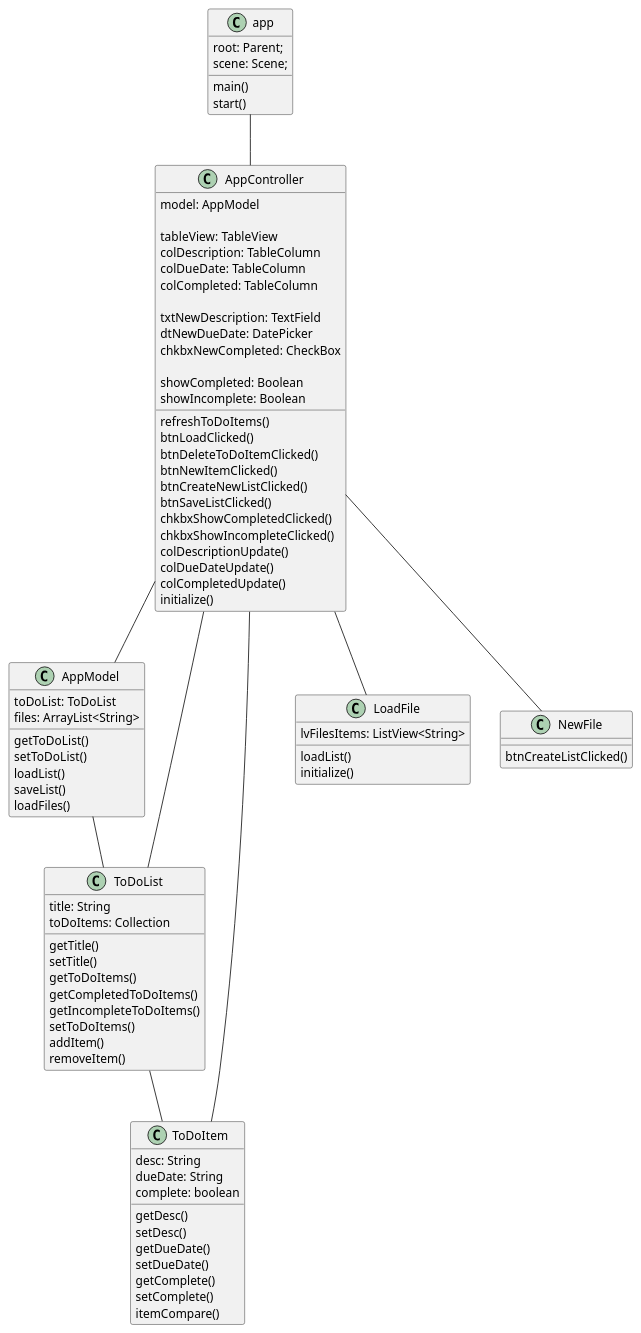
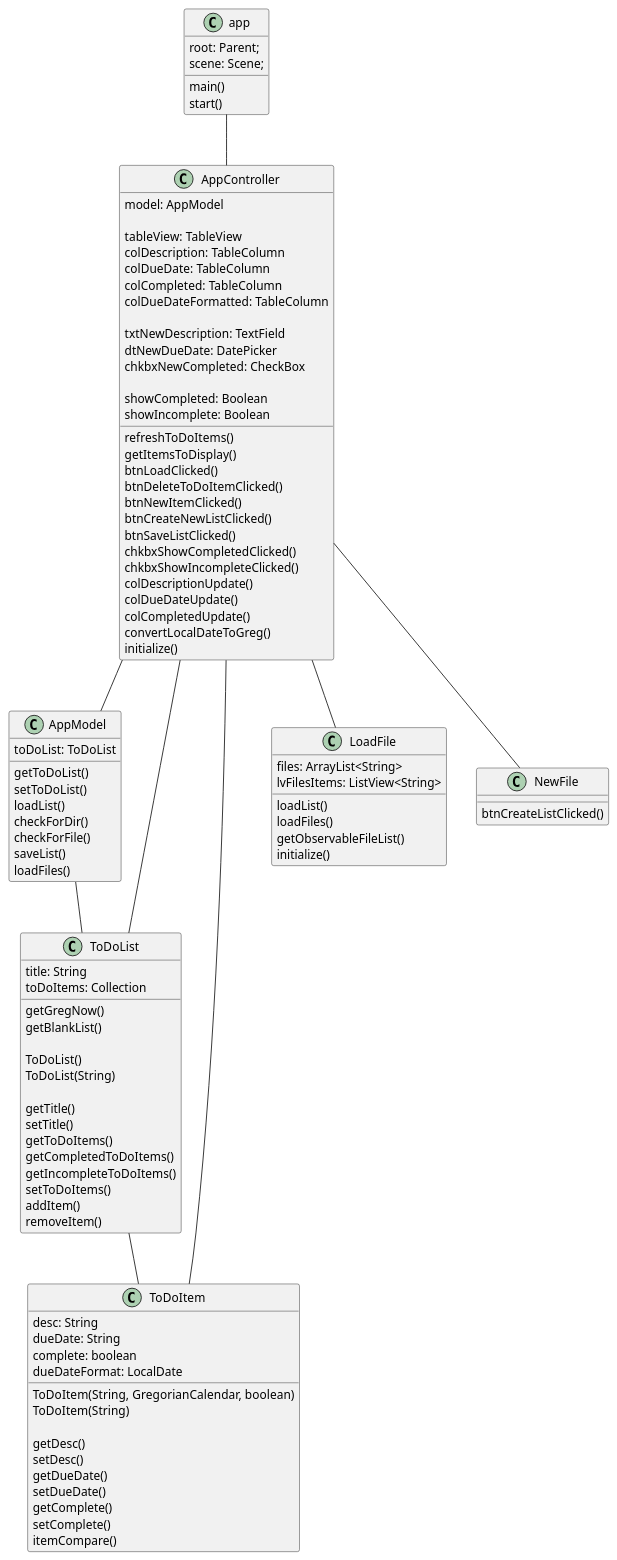
Before and after one commit to imRielly/donnell-cop3330-assignment4part2: the diagram in uml/app.puml, drawn with PlantUML.

```diff
--- a/uml/app.puml
+++ b/uml/app.puml
@@ -7,99 +7,117 @@
 @startuml
 'https://plantuml.com/class-diagram
 
 class app {
     root: Parent;
     scene: Scene;
 
     main()
     start()
 }
 
 class AppController {
     model: AppModel
 
     tableView: TableView
     colDescription: TableColumn
     colDueDate: TableColumn
     colCompleted: TableColumn
+    colDueDateFormatted: TableColumn
 
     txtNewDescription: TextField
     dtNewDueDate: DatePicker
     chkbxNewCompleted: CheckBox
 
     showCompleted: Boolean
     showIncomplete: Boolean
 
     refreshToDoItems()
+    getItemsToDisplay()
     btnLoadClicked()
     btnDeleteToDoItemClicked()
     btnNewItemClicked()
     btnCreateNewListClicked()
     btnSaveListClicked()
     chkbxShowCompletedClicked()
     chkbxShowIncompleteClicked()
     colDescriptionUpdate()
     colDueDateUpdate()
     colCompletedUpdate()
+    convertLocalDateToGreg()
     initialize()
 }
 
 class AppModel {
     toDoList: ToDoList
-    files: ArrayList<String>
 
     getToDoList()
     setToDoList()
     loadList()
+    checkForDir()
+    checkForFile()
     saveList()
     loadFiles()
 }
 
 class ToDoList {
     title: String
     toDoItems: Collection
+
+    getGregNow()
+    getBlankList()
+
+    ToDoList()
+    ToDoList(String)
 
     getTitle()
     setTitle()
     getToDoItems()
     getCompletedToDoItems()
     getIncompleteToDoItems()
     setToDoItems()
     addItem()
     removeItem()
 }
 
 class ToDoItem {
     desc: String
     dueDate: String
     complete: boolean
+    dueDateFormat: LocalDate
+
+    ToDoItem(String, GregorianCalendar, boolean)
+    ToDoItem(String)
+
     getDesc()
     setDesc()
     getDueDate()
     setDueDate()
     getComplete()
     setComplete()
     itemCompare()
 }
 
 class LoadFile {
+    files: ArrayList<String>
     lvFilesItems: ListView<String>
 
     loadList()
+    loadFiles()
+    getObservableFileList()
     initialize()
 }
 
 class NewFile {
     btnCreateListClicked()
 }
 
 app -- AppController
 AppController -- AppModel
 AppController -- ToDoList
 AppController -- ToDoItem
 AppController -- LoadFile
 AppController -- NewFile
 AppModel -- ToDoList
 ToDoList -- ToDoItem
 
 @enduml
```
